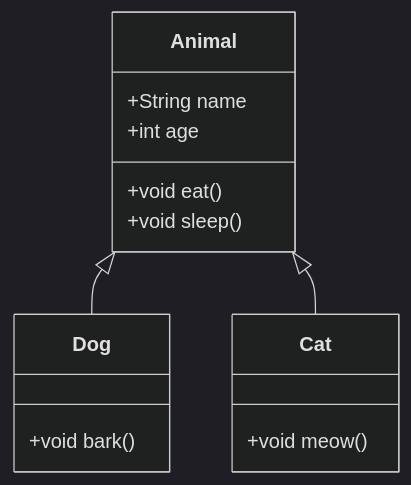
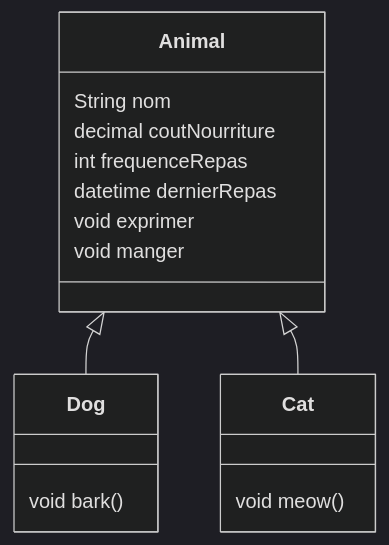
The diagram in Diagramme.mmd (FrancoLeme/WIN_BobCity-S3-S4-), drawn with Mermaid (dark theme) before and after one commit.

```diff
--- a/Diagramme.mmd
+++ b/Diagramme.mmd
@@ -1,18 +1,21 @@
 classDiagram
     Animal <|-- Dog
     Animal <|-- Cat
 
     class Animal {
-        +String name
-        +int age
-        +void eat()
-        +void sleep()
+        String nom
+        decimal coutNourriture
+        int frequenceRepas
+        datetime dernierRepas
+
+        void exprimer
+        void manger
     }
 
     class Dog {
-        +void bark()
+        void bark()
     }
 
     class Cat {
-        +void meow()
+        void meow()
     }
```
